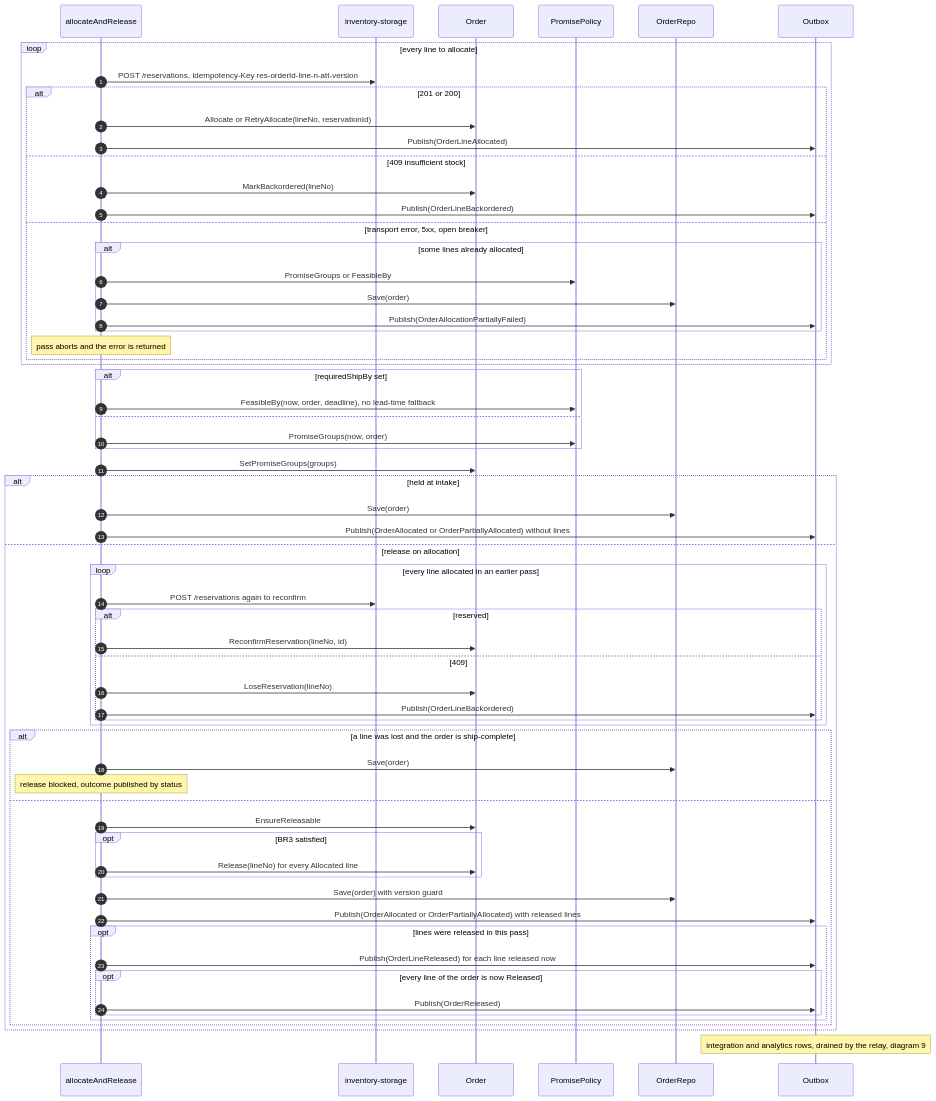
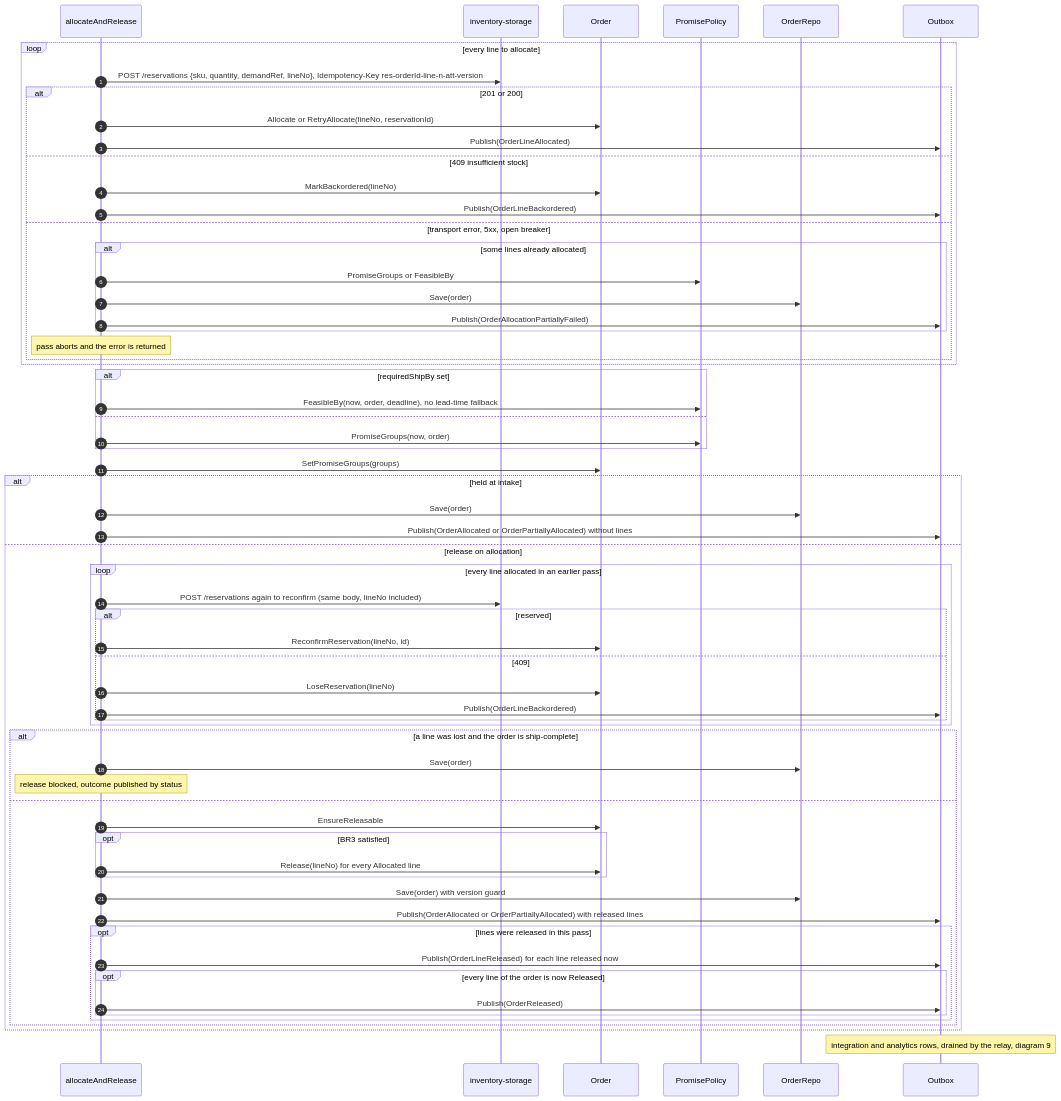
The second of 9 diagrams in docs/docs/ddd/sequence-diagrams.md (IQVO/order-management), drawn with Mermaid before and after one commit. The commit also changed 11 other files, not shown here.

First line of the commit message:
feat: send lineNo on POST /reservations (per-line confirm-pick, decision 18) (#163)

````diff
--- a/docs/docs/ddd/sequence-diagrams.md
+++ b/docs/docs/ddd/sequence-diagrams.md
@@ -102,66 +102,66 @@
 ```mermaid
 sequenceDiagram
   autonumber
   participant UC as allocateAndRelease
   participant INV as inventory-storage
   participant O as Order
   participant PP as PromisePolicy
   participant R as OrderRepo
   participant OB as Outbox
 
   loop every line to allocate
-    UC->>INV: POST /reservations, Idempotency-Key res-orderId-line-n-att-version
+    UC->>INV: POST /reservations {sku, quantity, demandRef, lineNo}, Idempotency-Key res-orderId-line-n-att-version
     alt 201 or 200
       UC->>O: Allocate or RetryAllocate(lineNo, reservationId)
       UC->>OB: Publish(OrderLineAllocated)
     else 409 insufficient stock
       UC->>O: MarkBackordered(lineNo)
       UC->>OB: Publish(OrderLineBackordered)
     else transport error, 5xx, open breaker
       alt some lines already allocated
         UC->>PP: PromiseGroups or FeasibleBy
         UC->>R: Save(order)
         UC->>OB: Publish(OrderAllocationPartiallyFailed)
       end
       Note over UC: pass aborts and the error is returned
     end
   end
   alt requiredShipBy set
     UC->>PP: FeasibleBy(now, order, deadline), no lead-time fallback
   else
     UC->>PP: PromiseGroups(now, order)
   end
   UC->>O: SetPromiseGroups(groups)
   alt held at intake
     UC->>R: Save(order)
     UC->>OB: Publish(OrderAllocated or OrderPartiallyAllocated) without lines
   else release on allocation
     loop every line allocated in an earlier pass
-      UC->>INV: POST /reservations again to reconfirm
+      UC->>INV: POST /reservations again to reconfirm (same body, lineNo included)
       alt reserved
         UC->>O: ReconfirmReservation(lineNo, id)
       else 409
         UC->>O: LoseReservation(lineNo)
         UC->>OB: Publish(OrderLineBackordered)
       end
     end
     alt a line was lost and the order is ship-complete
       UC->>R: Save(order)
       Note over UC: release blocked, outcome published by status
     else
       UC->>O: EnsureReleasable
       opt BR3 satisfied
         UC->>O: Release(lineNo) for every Allocated line
       end
       UC->>R: Save(order) with version guard
       UC->>OB: Publish(OrderAllocated or OrderPartiallyAllocated) with released lines
       opt lines were released in this pass
         UC->>OB: Publish(OrderLineReleased) for each line released now
         opt every line of the order is now Released
           UC->>OB: Publish(OrderReleased)
         end
       end
     end
   end
   Note over OB: integration and analytics rows, drained by the relay, diagram 9
 ```
````
